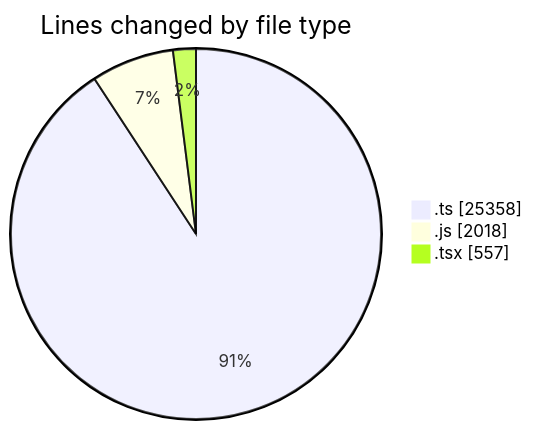
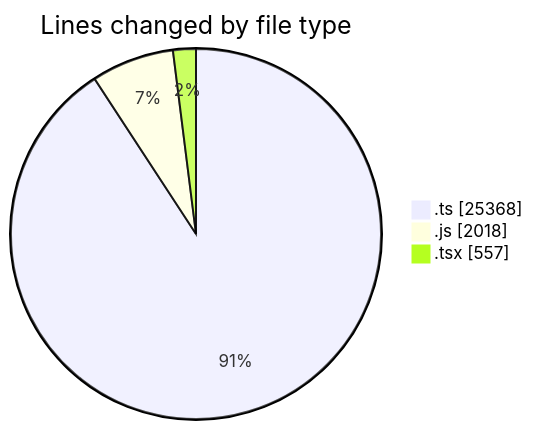
The first of 2 diagrams in 2025-06-20/cda/README.md (momahboobian/code-tracking), drawn with Mermaid before and after one commit. The commit also changed other lines of this file and 1 other file, not shown here.

````diff
--- a/2025-06-20/cda/README.md
+++ b/2025-06-20/cda/README.md
@@ -40,7 +40,7 @@
 ```mermaid
 pie showData
 title Lines changed by file type
-".ts" : 25358
+".ts" : 25368
 ".js" : 2018
 ".tsx" : 557
 ```
````
